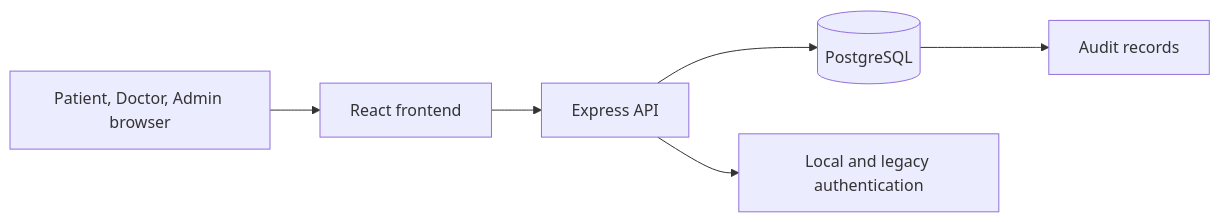
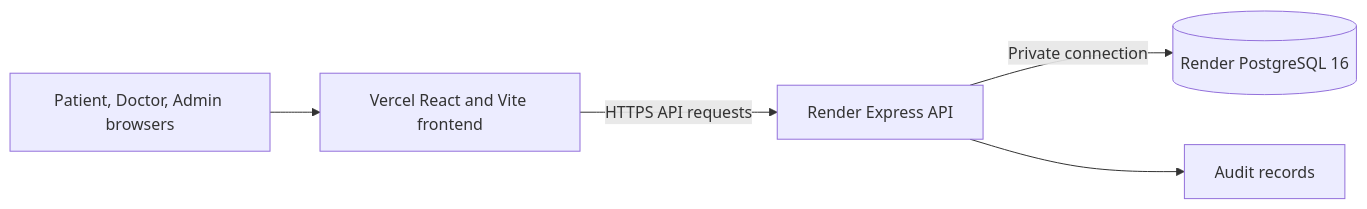
One commit to rdsne-08/Dr.250 changed the first of 5 diagrams in README.md. Above: the diagram before and after it, drawn with Mermaid. The commit also changed other lines of this file and 13 other files, not shown here.

````diff
--- a/README.md
+++ b/README.md
@@ -114,8 +31,7 @@
 ```mermaid
 flowchart LR
-  Browser[Patient, Doctor, Admin browser] --> UI[React frontend]
-  UI --> API[Express API]
-  API --> DB[(PostgreSQL)]
-  API --> Auth[Local and legacy authentication]
-  DB --> Audit[Audit records]
+    U[Patient, Doctor, Admin browsers] --> F[Vercel React and Vite frontend]
+    F -->|HTTPS API requests| A[Render Express API]
+    A -->|Private connection| D[(Render PostgreSQL 16)]
+    A --> L[Audit records]
 ```
````
